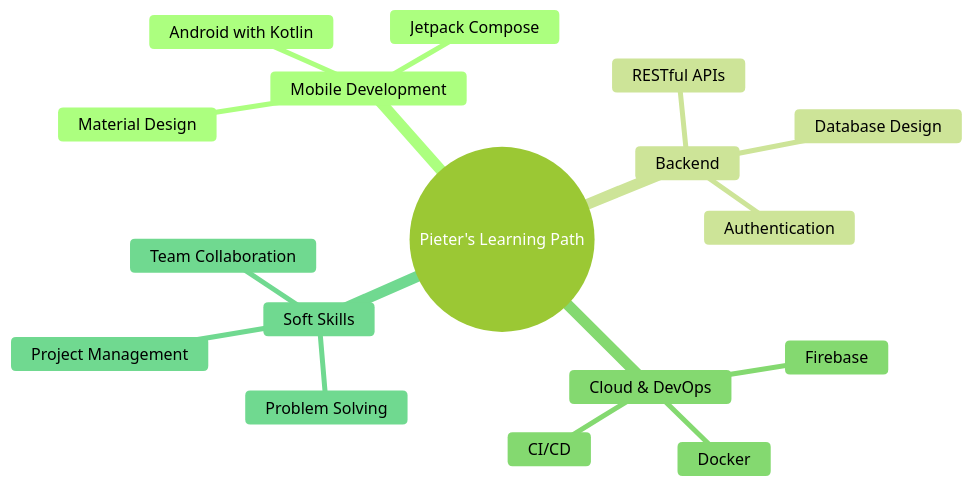
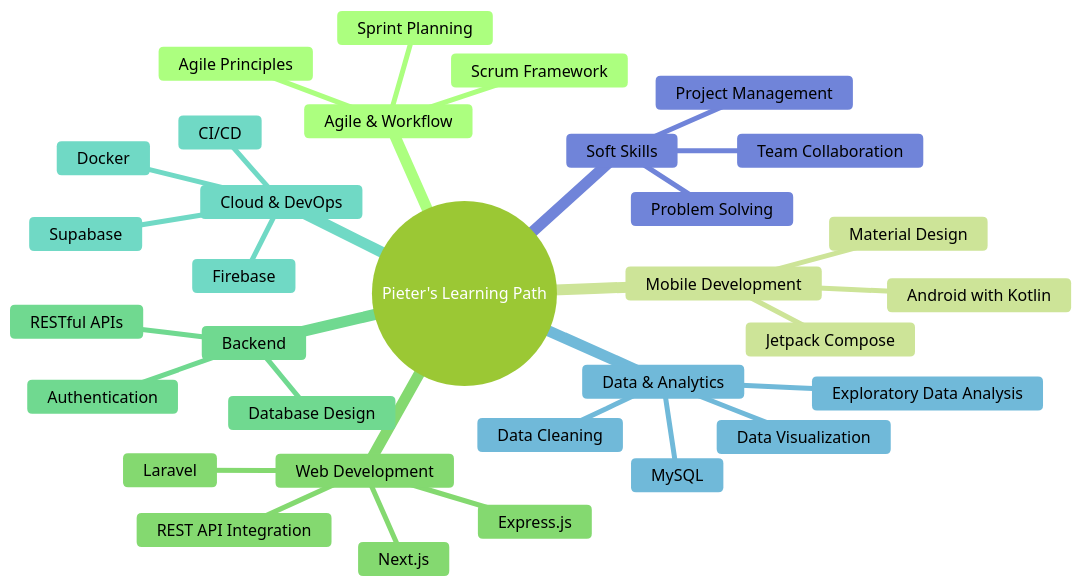
The diagram in README.md (PieByter/PieByter), drawn with Mermaid before and after one commit. The commit also changed other lines of this file, not shown here.

Commit message:
docs(readme): update learning path mindamap and add Supabase

````diff
--- a/README.md
+++ b/README.md
@@ -180,21 +183,36 @@
 ```mermaid
 %%{init: {'theme': 'forest'}}%%
 mindmap
   root((Pieter's Learning Path))
+    Agile & Workflow
+      Agile Principles
+      Scrum Framework
+      Sprint Planning
     Mobile Development
       Android with Kotlin
       Jetpack Compose
       Material Design
+    Web Development
+      Laravel
+      Next.js
+      Express.js
+      REST API Integration
     Backend
       RESTful APIs
       Database Design
       Authentication
     Cloud & DevOps
       Firebase
+      Supabase
       Docker
       CI/CD
+    Data & Analytics
+      MySQL
+      Data Cleaning
+      Exploratory Data Analysis
+      Data Visualization
     Soft Skills
       Problem Solving
       Team Collaboration
       Project Management
 ```
````
